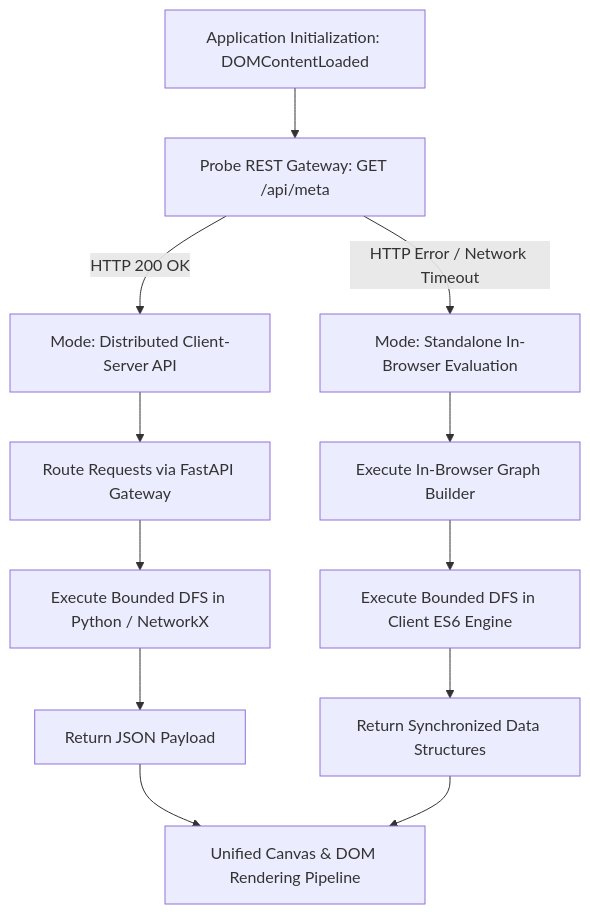
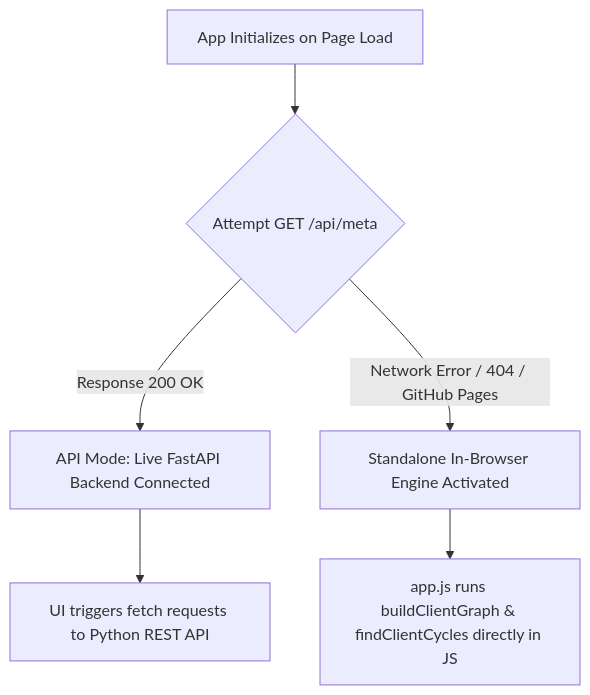
The fourth of 4 diagrams in FRONTEND_SCAFFOLDING.md (Kryton-System/RoundTable), drawn with Mermaid before and after one commit. The commit also changed other lines of this file, not shown here.

Commit message:
docs: add comprehensive FRONTEND_SCAFFOLDING.md detailing UI/UX design, layout scaffolding, and interaction flows

````diff
--- a/FRONTEND_SCAFFOLDING.md
+++ b/FRONTEND_SCAFFOLDING.md
@@ -316,18 +369,9 @@
 ```mermaid
 flowchart TD
-    Init[Application Initialization: DOMContentLoaded] --> Probe[Probe REST Gateway: GET /api/meta]
+    Init[App Initializes on Page Load] --> CheckAPI{Attempt GET /api/meta}
+    CheckAPI -->|Response 200 OK| APIMode[API Mode: Live FastAPI Backend Connected]
+    CheckAPI -->|Network Error / 404 / GitHub Pages| StandaloneMode[Standalone In-Browser Engine Activated]
     
-    Probe -->|HTTP 200 OK| RemoteMode[Mode: Distributed Client-Server API]
-    Probe -->|HTTP Error / Network Timeout| StandaloneMode[Mode: Standalone In-Browser Evaluation]
-
-    RemoteMode --> RestGateway[Route Requests via FastAPI Gateway]
-    RestGateway --> BackendPython[Execute Bounded DFS in Python / NetworkX]
-    BackendPython --> RemoteResponse[Return JSON Payload]
-
-    StandaloneMode --> LocalEngine[Execute In-Browser Graph Builder]
-    LocalEngine --> LocalDFS[Execute Bounded DFS in Client ES6 Engine]
-    LocalDFS --> LocalResponse[Return Synchronized Data Structures]
-
-    RemoteResponse --> RenderView[Unified Canvas & DOM Rendering Pipeline]
-    LocalResponse --> RenderView
+    APIMode --> AsyncFetch[UI triggers fetch requests to Python REST API]
+    StandaloneMode --> ClientEngine[app.js runs buildClientGraph & findClientCycles directly in JS]
 ```
````
